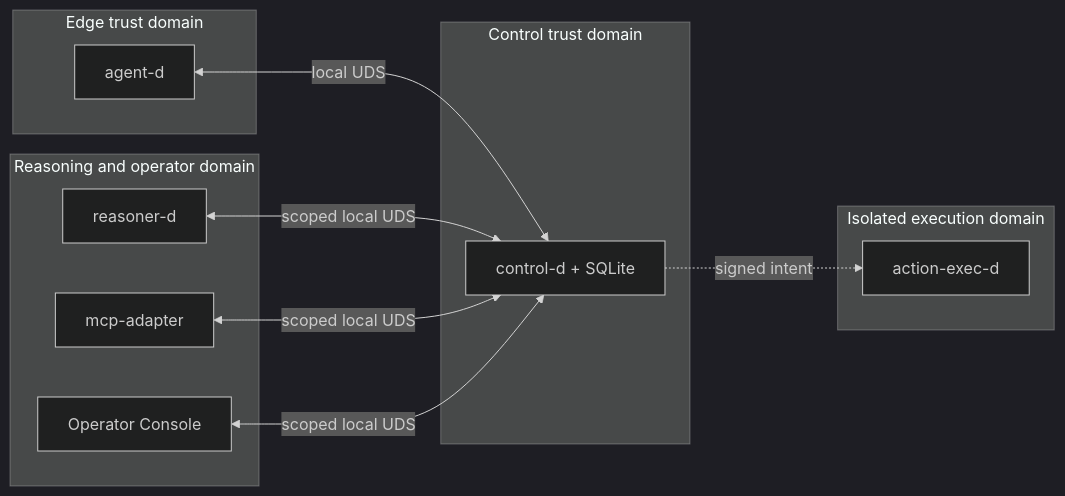
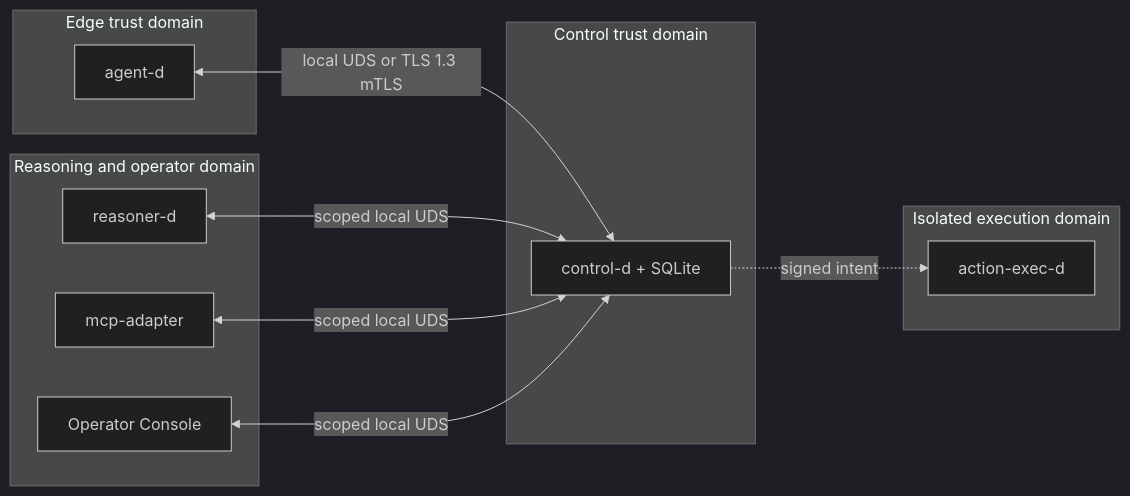
One commit to FloorIsGround/defensive-security-autonomous-mitigation-harness changed the diagram in README.md. Above: the diagram before and after it, drawn with Mermaid (dark theme). The commit also changed other lines of this file and 23 other files, not shown here.

````diff
--- a/README.md
+++ b/README.md
@@ -7,20 +7,20 @@
 ```mermaid
 flowchart LR
   subgraph Edge[Edge trust domain]
     A[agent-d]
   end
   subgraph Control[Control trust domain]
     C[control-d + SQLite]
   end
   subgraph Clients[Reasoning and operator domain]
     R[reasoner-d]
     M[mcp-adapter]
     W[Operator Console]
   end
   subgraph Execution[Isolated execution domain]
     E[action-exec-d]
   end
-  A <-->|local UDS| C
+  A <-->|local UDS or TLS 1.3 mTLS| C
   R & M & W <-->|scoped local UDS| C
   C -. signed intent .-> E
 ```
````
